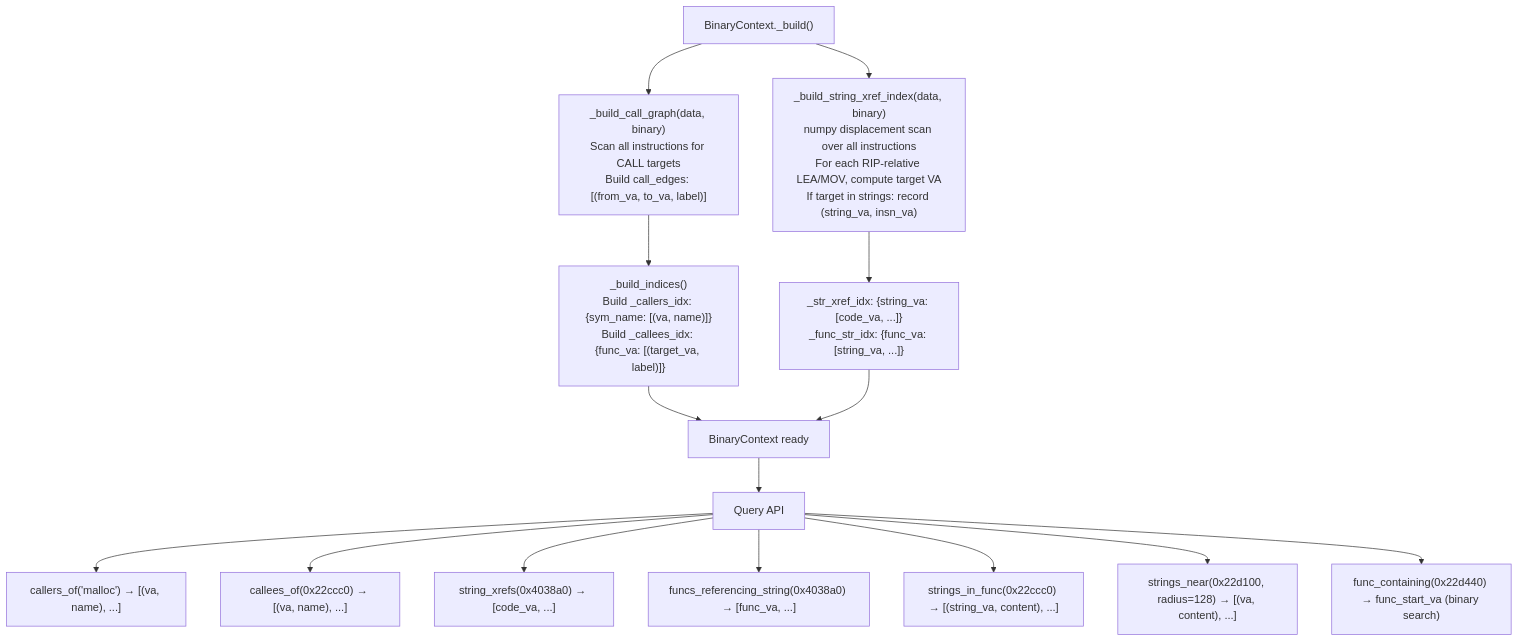
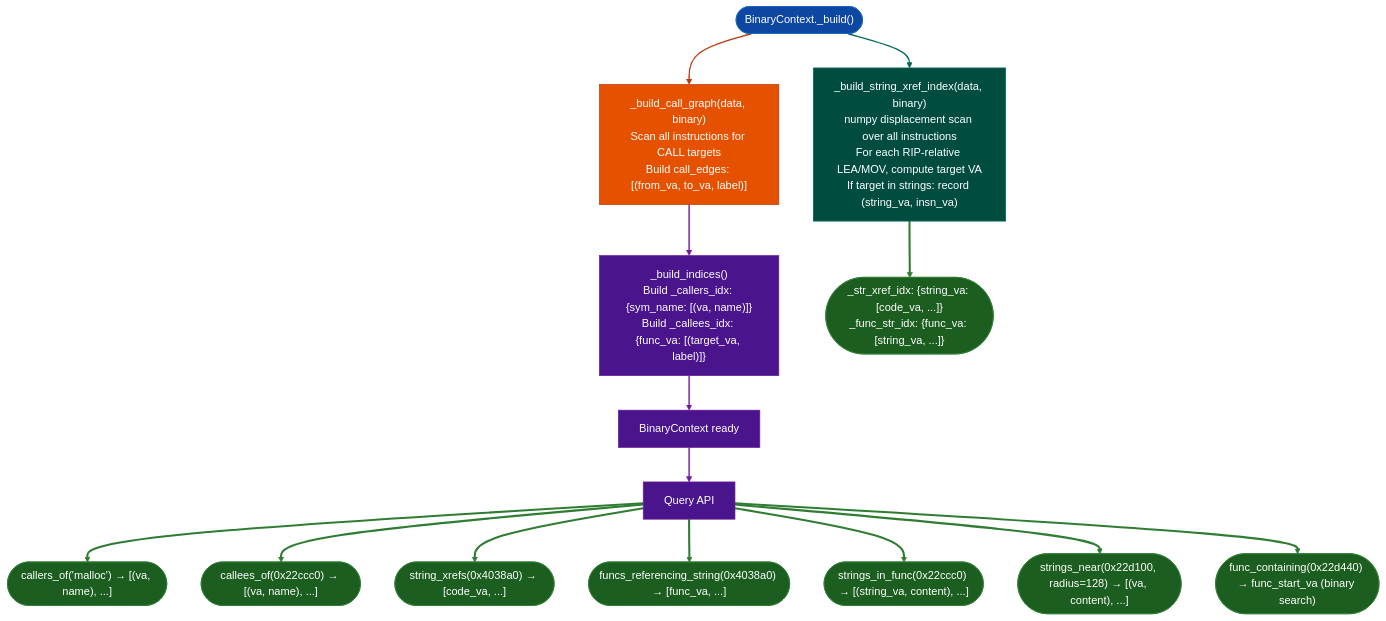
One commit to Ablation-Tool/ablation changed the diagram in docs/reference-modules/call-and-string-cross-references.md. Above: the diagram before and after it, drawn with Mermaid. The commit also changed 320 other files, not shown here.

First line of the commit message:
docs: apply canonical Mermaid template to all 321 diagrams

````diff
--- a/docs/reference-modules/call-and-string-cross-references.md
+++ b/docs/reference-modules/call-and-string-cross-references.md
@@ -19,16 +19,35 @@
 ```mermaid
 flowchart TD
-    A["BinaryContext._build()"] --> B["_build_call_graph(data, binary)\nScan all instructions for CALL targets\nBuild call_edges: [(from_va, to_va, label)]"]
-    B --> C["_build_indices()\nBuild _callers_idx: {sym_name: [(va, name)]}\nBuild _callees_idx: {func_va: [(target_va, label)]}"]
-    A --> D["_build_string_xref_index(data, binary)\nnumpy displacement scan over all instructions\nFor each RIP-relative LEA/MOV, compute target VA\nIf target in strings: record (string_va, insn_va)"]
-    D --> E["_str_xref_idx: {string_va: [code_va, ...]}\n_func_str_idx: {func_va: [string_va, ...]}"]
-    C & E --> F[BinaryContext ready]
-    F --> G[Query API]
-    G --> G1["callers_of('malloc') → [(va, name), ...]"]
-    G --> G2["callees_of(0x22ccc0) → [(va, name), ...]"]
-    G --> G3["string_xrefs(0x4038a0) → [code_va, ...]"]
-    G --> G4["funcs_referencing_string(0x4038a0) → [func_va, ...]"]
-    G --> G5["strings_in_func(0x22ccc0) → [(string_va, content), ...]"]
-    G --> G6["strings_near(0x22d100, radius=128) → [(va, content), ...]"]
-    G --> G7["func_containing(0x22d440) → func_start_va (binary search)"]
+    A(["BinaryContext._build()"]):::input --> B["_build_call_graph(data, binary)\nScan all instructions for CALL targets\nBuild call_edges: [(from_va, to_va, label)]"]:::primary
+    B:::primary --> C["_build_indices()\nBuild _callers_idx: {sym_name: [(va, name)]}\nBuild _callees_idx: {func_va: [(target_va, label)]}"]:::tertiary
+    A:::input --> D["_build_string_xref_index(data, binary)\nnumpy displacement scan over all instructions\nFor each RIP-relative LEA/MOV, compute target VA\nIf target in strings: record (string_va, insn_va)"]:::secondary
+    D:::secondary --> E(["_str_xref_idx: {string_va: [code_va, ...]}\n_func_str_idx: {func_va: [string_va, ...]}"]):::output
+    C:::tertiary --> F["BinaryContext ready"]:::tertiary
+    F:::tertiary --> G["Query API"]:::tertiary
+    G:::tertiary --> G1(["callers_of('malloc') → [(va, name), ...]"]):::output
+    G:::tertiary --> G2(["callees_of(0x22ccc0) → [(va, name), ...]"]):::output
+    G:::tertiary --> G3(["string_xrefs(0x4038a0) → [code_va, ...]"]):::output
+    G:::tertiary --> G4(["funcs_referencing_string(0x4038a0) → [func_va, ...]"]):::output
+    G:::tertiary --> G5(["strings_in_func(0x22ccc0) → [(string_va, content), ...]"]):::output
+    G:::tertiary --> G6(["strings_near(0x22d100, radius=128) → [(va, content), ...]"]):::output
+    G:::tertiary --> G7(["func_containing(0x22d440) → func_start_va (binary search)"]):::output
+    classDef input     fill:#0d47a1,stroke:#1565c0,color:#fff
+    classDef primary   fill:#e65100,stroke:#bf360c,color:#fff
+    classDef secondary fill:#004d40,stroke:#00695c,color:#fff
+    classDef tertiary  fill:#4a148c,stroke:#6a1b9a,color:#fff
+    classDef neutral   fill:#37474f,stroke:#546e7a,color:#fff
+    classDef output    fill:#1b5e20,stroke:#2e7d32,color:#fff
+    linkStyle 0 stroke:#bf360c,stroke-width:2px
+    linkStyle 1 stroke:#6a1b9a,stroke-width:2px
+    linkStyle 2 stroke:#00695c,stroke-width:2px
+    linkStyle 3 stroke:#2e7d32,stroke-width:3px
+    linkStyle 4 stroke:#6a1b9a,stroke-width:2px
+    linkStyle 5 stroke:#6a1b9a,stroke-width:2px
+    linkStyle 6 stroke:#2e7d32,stroke-width:3px
+    linkStyle 7 stroke:#2e7d32,stroke-width:3px
+    linkStyle 8 stroke:#2e7d32,stroke-width:3px
+    linkStyle 9 stroke:#2e7d32,stroke-width:3px
+    linkStyle 10 stroke:#2e7d32,stroke-width:3px
+    linkStyle 11 stroke:#2e7d32,stroke-width:3px
+    linkStyle 12 stroke:#2e7d32,stroke-width:3px
 ```
````
